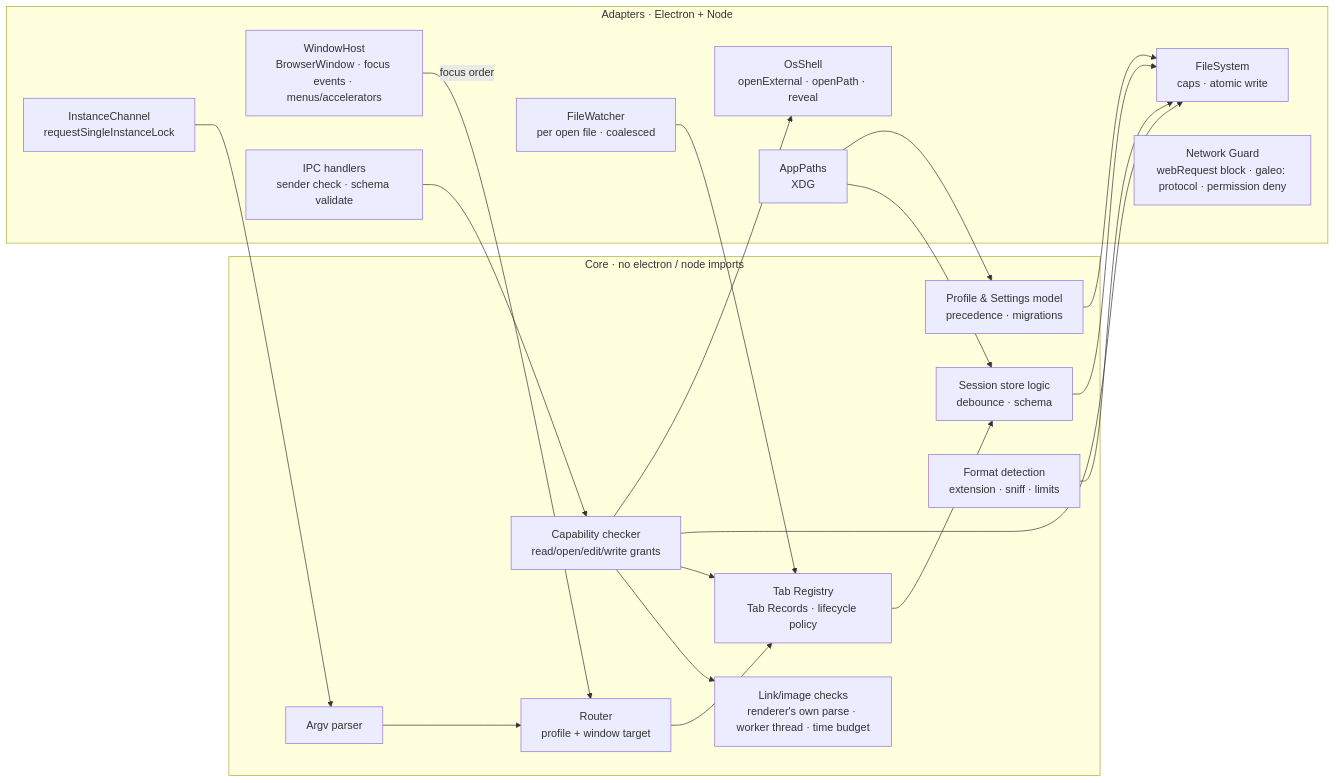
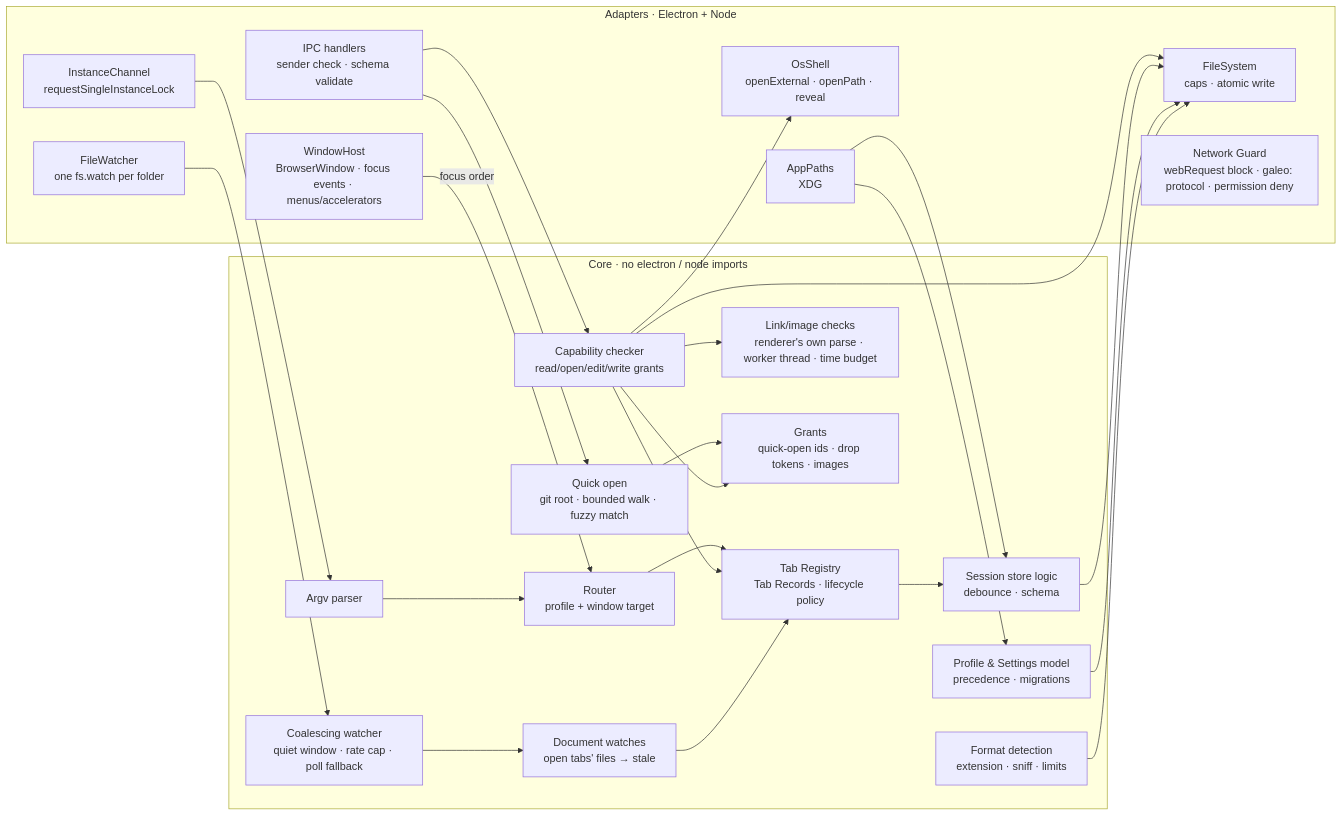
One commit to SWEStash/galeo changed the third of 6 diagrams in docs/ARCHITECTURE.md. Above: the diagram before and after it, drawn with Mermaid. The commit also changed other lines of this file and 3 other files, not shown here.

First line of the commit message:
docs: describe watching, quick open, drops, palette, diagrams as built

````diff
--- a/docs/ARCHITECTURE.md
+++ b/docs/ARCHITECTURE.md
@@ -126,33 +126,39 @@
 ```mermaid
 flowchart LR
   subgraph core[Core · no electron / node imports]
     argv[Argv parser]
     routing[Router<br/>profile + window target]
     reg[Tab Registry<br/>Tab Records · lifecycle policy]
     prof[Profile & Settings model<br/>precedence · migrations]
     sess[Session store logic<br/>debounce · schema]
     caps[Capability checker<br/>read/open/edit/write grants]
     links[Link/image checks<br/>renderer's own parse · worker thread · time budget]
     fmt[Format detection<br/>extension · sniff · limits]
+    coal[Coalescing watcher<br/>quiet window · rate cap · poll fallback]
+    dw[Document watches<br/>open tabs' files → stale]
+    qoc[Quick open<br/>git root · bounded walk · fuzzy match]
+    grants[Grants<br/>quick-open ids · drop tokens · images]
   end
   subgraph adapt[Adapters · Electron + Node]
     inst[InstanceChannel<br/>requestSingleInstanceLock]
     win[WindowHost<br/>BrowserWindow · focus events · menus/accelerators]
     fsys[FileSystem<br/>caps · atomic write]
-    watch[FileWatcher<br/>per open file · coalesced]
+    watch[FileWatcher<br/>one fs.watch per folder]
     shellp[OsShell<br/>openExternal · openPath · reveal]
     paths[AppPaths<br/>XDG]
     ipc[IPC handlers<br/>sender check · schema validate]
     netg[Network Guard<br/>webRequest block · galeo: protocol · permission deny]
   end
   inst --> argv --> routing --> reg
   win -- focus order --> routing
   ipc --> caps
   caps --> links & reg
   caps --> fsys & shellp
   reg --> sess --> fsys
   prof --> fsys
   fmt --> fsys
-  watch --> reg
+  watch --> coal --> dw --> reg
+  ipc --> qoc --> grants
+  caps --> grants
   paths --> sess & prof
 ```
````
